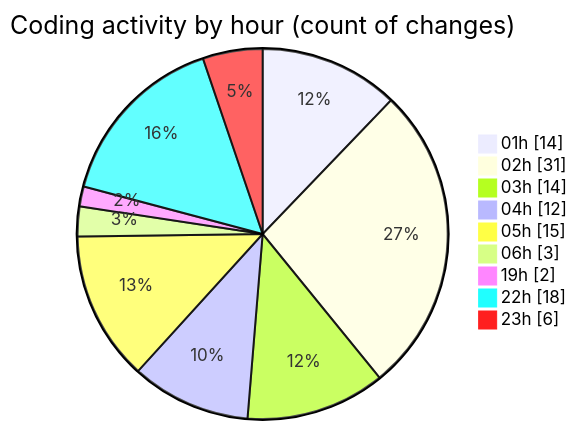
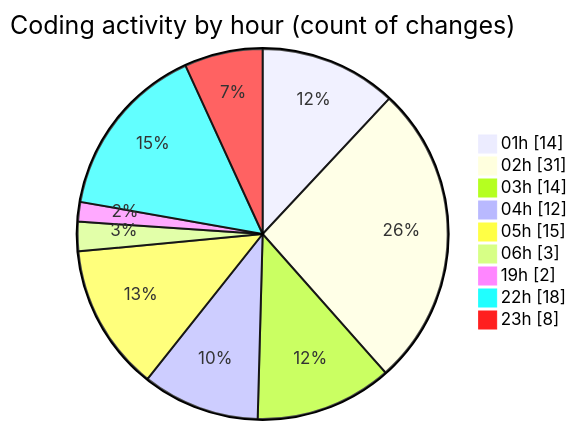
The second of 2 diagrams in 2025-07-13/telebot/README.md (jrari/code-tracking), drawn with Mermaid before and after one commit. The commit also changed other lines of this file and 1 other file, not shown here.

````diff
--- a/2025-07-13/telebot/README.md
+++ b/2025-07-13/telebot/README.md
@@ -77,13 +78,13 @@
 ```mermaid
 pie showData
 title Coding activity by hour (count of changes)
 "01h" : 14
 "02h" : 31
 "03h" : 14
 "04h" : 12
 "05h" : 15
 "06h" : 3
 "19h" : 2
 "22h" : 18
-"23h" : 6
+"23h" : 8
 ```
````
